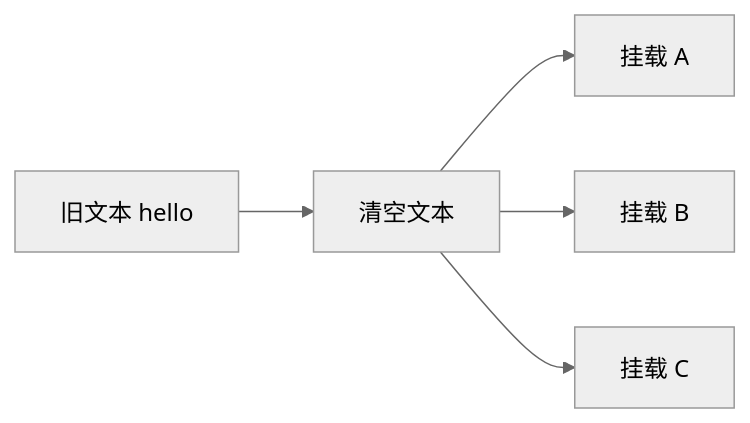
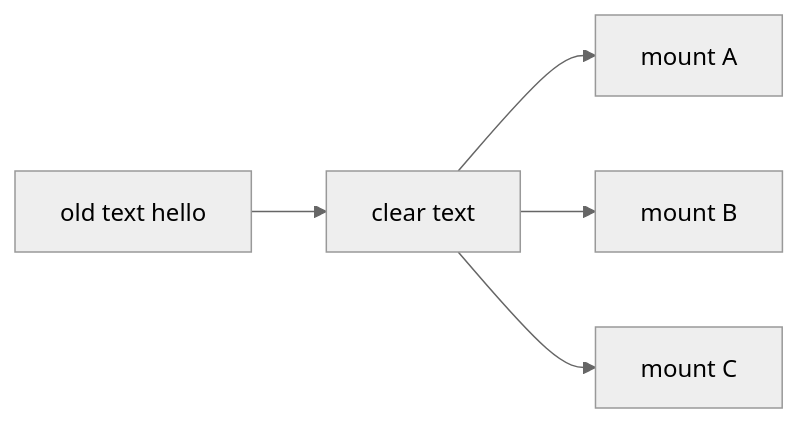
One commit to Tajigaqzh/front_basic changed the fifth of 17 diagrams in docs/vue/source/runtime-core/diff-algorithm-interview.md. Above: the diagram before and after it, drawn with Mermaid (neutral theme). The commit also changed other lines of this file and 11 other files, not shown here.

````diff
--- a/docs/vue/source/runtime-core/diff-algorithm-interview.md
+++ b/docs/vue/source/runtime-core/diff-algorithm-interview.md
@@ -238,7 +238,7 @@
 ```mermaid
 flowchart LR
-  O[旧文本 hello] --> C[清空文本]
-  C --> M1[挂载 A]
-  C --> M2[挂载 B]
-  C --> M3[挂载 C]
+  O["old text hello"] --> C["clear text"]
+  C --> M1["mount A"]
+  C --> M2["mount B"]
+  C --> M3["mount C"]
 ```
````
